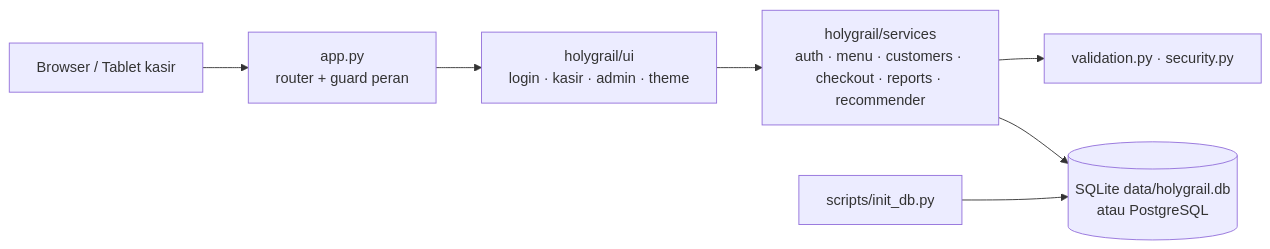
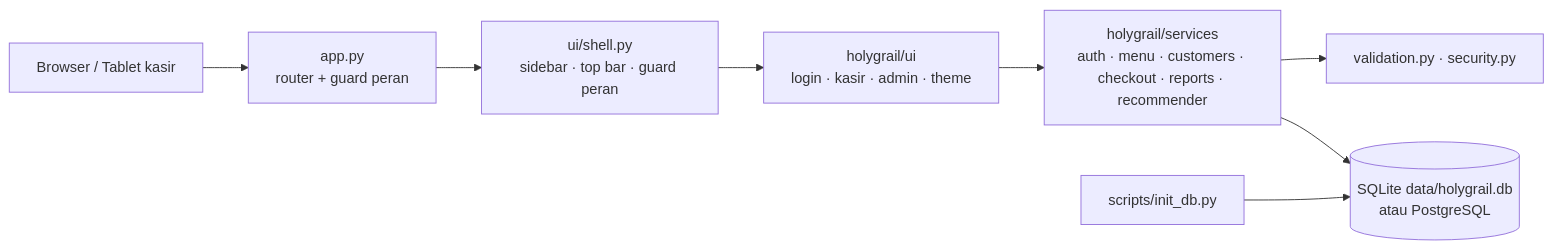
The first of 4 diagrams in docs/ARCHITECTURE.md (Rangggase/Holy-Grail), drawn with Mermaid before and after one commit. The commit also changed other lines of this file and 16 other files, not shown here.

First line of the commit message:
feat(ui): implement modern SaaS sidebar shell and commercial POS layout

````diff
--- a/docs/ARCHITECTURE.md
+++ b/docs/ARCHITECTURE.md
@@ -7,9 +7,10 @@
 ```mermaid
 flowchart LR
     B[Browser / Tablet kasir] --> A[app.py<br/>router + guard peran]
-    A --> UI[holygrail/ui<br/>login · kasir · admin · theme]
+    A --> SH[ui/shell.py<br/>sidebar · top bar · guard peran]
+    SH --> UI[holygrail/ui<br/>login · kasir · admin · theme]
     UI --> S[holygrail/services<br/>auth · menu · customers · checkout · reports · recommender]
     S --> V[validation.py · security.py]
     S --> D[(SQLite data/holygrail.db<br/>atau PostgreSQL)]
     I[scripts/init_db.py] --> D
 ```
````
